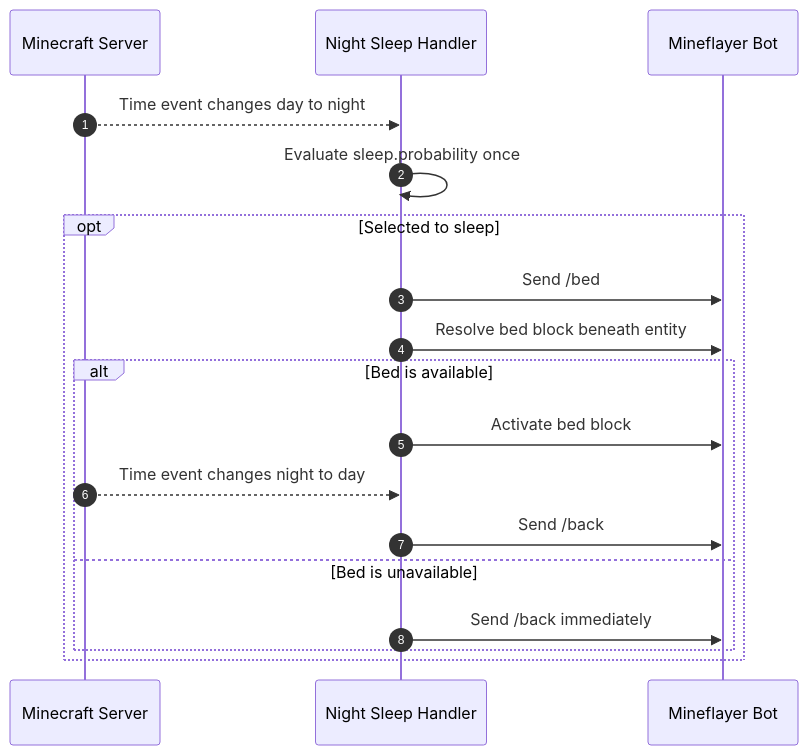
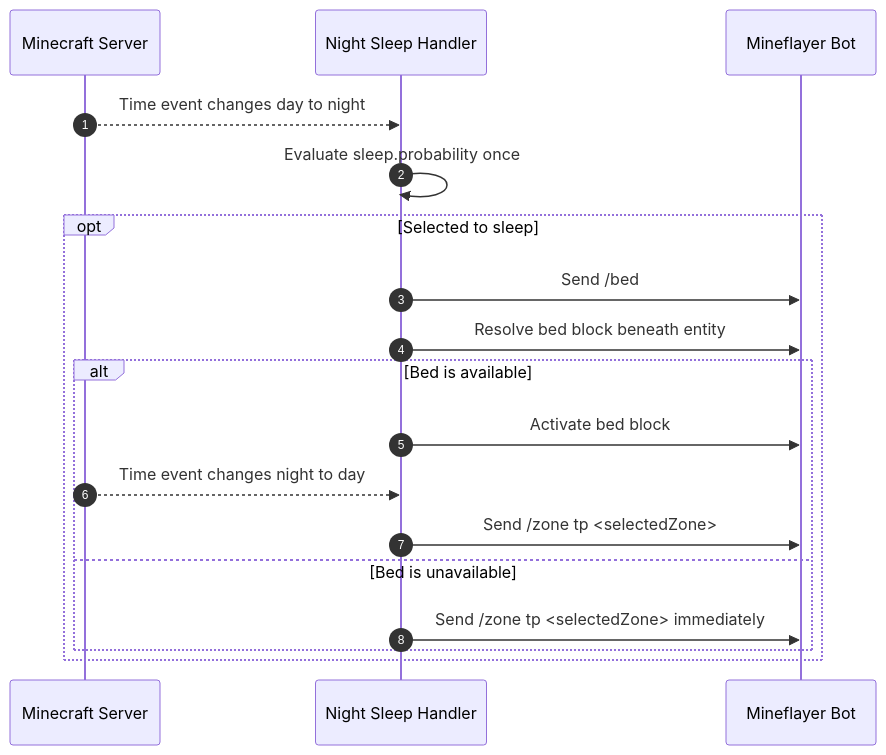
One commit to hmlendea/minecraft-afk-bot changed the sixth of 7 diagrams in ARCHITECTURE.md. Above: the diagram before and after it, drawn with Mermaid. The commit also changed other lines of this file and 3 other files, not shown here.

Commit message:
sleep: Zone teleport instead of back command

````diff
--- a/ARCHITECTURE.md
+++ b/ARCHITECTURE.md
@@ -234,21 +234,21 @@
 ```mermaid
 sequenceDiagram
   autonumber
   participant Server as Minecraft Server
   participant Handler as Night Sleep Handler
   participant Bot as Mineflayer Bot
 
   Server-->>Handler: Time event changes day to night
   Handler->>Handler: Evaluate sleep.probability once
   opt Selected to sleep
     Handler->>Bot: Send /bed
     Handler->>Bot: Resolve bed block beneath entity
     alt Bed is available
       Handler->>Bot: Activate bed block
       Server-->>Handler: Time event changes night to day
-      Handler->>Bot: Send /back
+      Handler->>Bot: Send /zone tp <selectedZone>
     else Bed is unavailable
-      Handler->>Bot: Send /back immediately
+      Handler->>Bot: Send /zone tp <selectedZone> immediately
     end
   end
 ```
````
